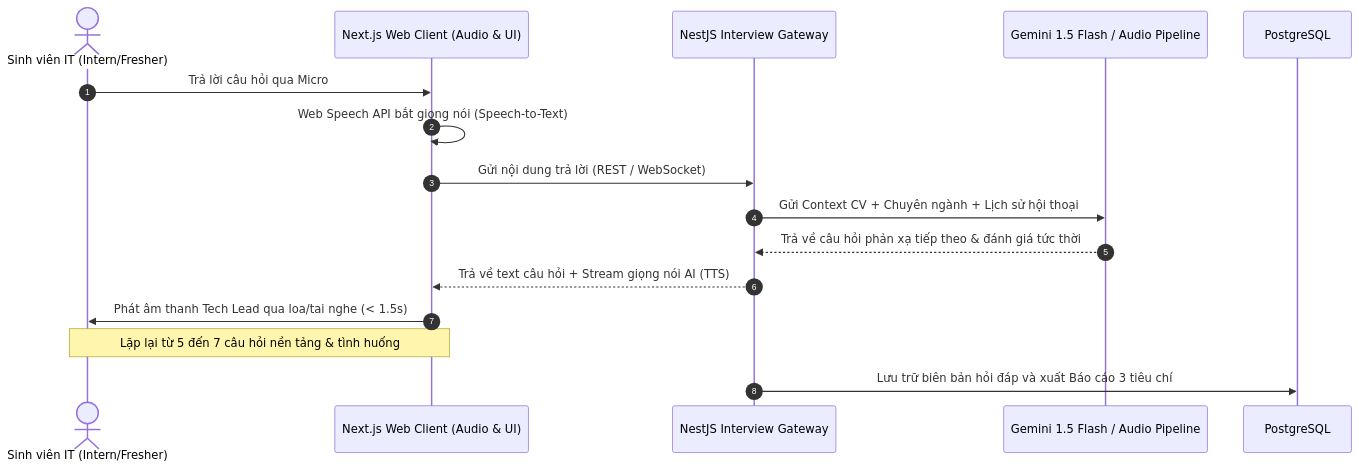
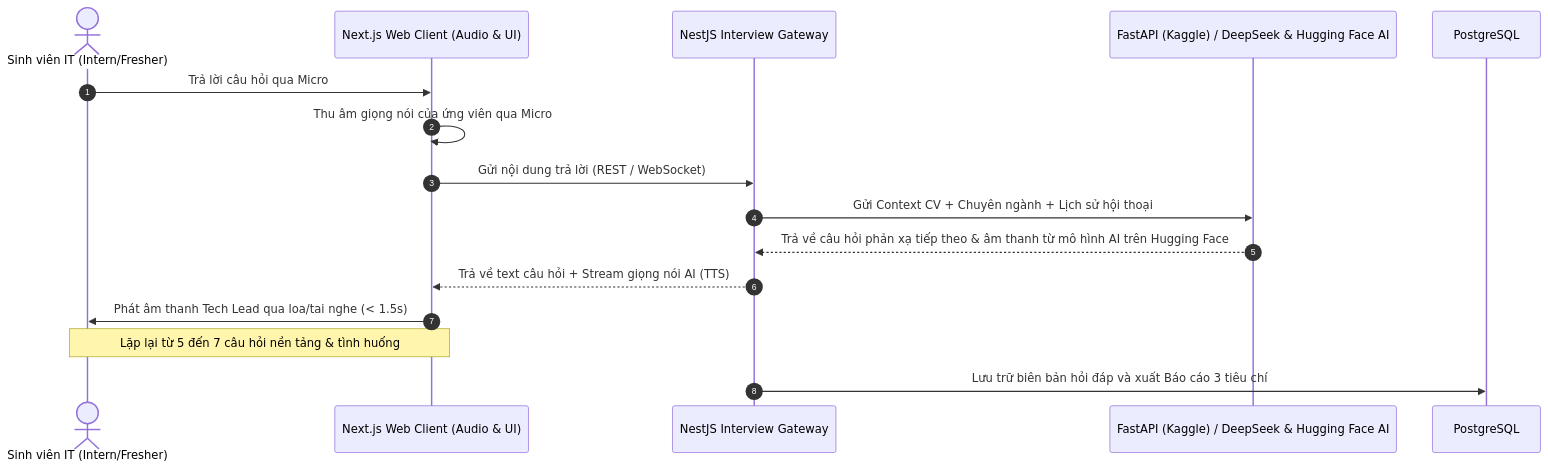
The first of 3 diagrams in docs/Week01/Team_Decision/Material/HireUS_Implementation_Plan.md (DungLe939/CNPM-Docs), drawn with Mermaid before and after one commit. The commit also changed other lines of this file and 2 other files, not shown here.

Commit message:
feat(proposal): hoàn thiện đề xuất đồ án với hạ tầng AI Kaggle FastAPI, DeepSeek và chuẩn hóa chi phí 0 VNĐ

````diff
--- a/docs/Week01/Team_Decision/Material/HireUS_Implementation_Plan.md
+++ b/docs/Week01/Team_Decision/Material/HireUS_Implementation_Plan.md
@@ -58,19 +58,19 @@
 ```mermaid
 sequenceDiagram
     autonumber
     actor Candidate as Sinh viên IT (Intern/Fresher)
     participant Client as Next.js Web Client (Audio & UI)
     participant Server as NestJS Interview Gateway
-    participant AI as Gemini 1.5 Flash / Audio Pipeline
+    participant AI as FastAPI (Kaggle) / DeepSeek & Hugging Face AI
     participant DB as PostgreSQL
 
     Candidate->>Client: Trả lời câu hỏi qua Micro
-    Client->>Client: Web Speech API bắt giọng nói (Speech-to-Text)
+    Client->>Client: Thu âm giọng nói của ứng viên qua Micro
     Client->>Server: Gửi nội dung trả lời (REST / WebSocket)
     Server->>AI: Gửi Context CV + Chuyên ngành + Lịch sử hội thoại
-    AI-->>Server: Trả về câu hỏi phản xạ tiếp theo & đánh giá tức thời
+    AI-->>Server: Trả về câu hỏi phản xạ tiếp theo & âm thanh từ mô hình AI trên Hugging Face
     Server-->>Client: Trả về text câu hỏi + Stream giọng nói AI (TTS)
     Client->>Candidate: Phát âm thanh Tech Lead qua loa/tai nghe (< 1.5s)
     Note over Candidate,Client: Lặp lại từ 5 đến 7 câu hỏi nền tảng & tình huống
     Server->>DB: Lưu trữ biên bản hỏi đáp và xuất Báo cáo 3 tiêu chí
 ```
````
